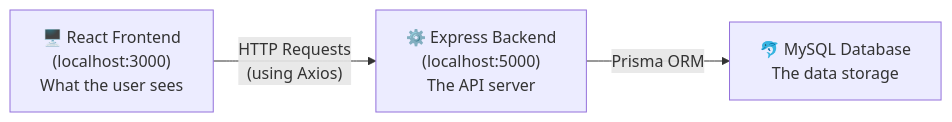
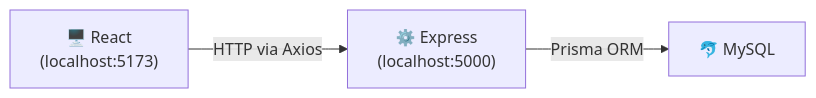
One commit to Nimsika-Bosilu/designHer_2.0-Student-Attendance-Management-System changed the second of 10 diagrams in frontend/README.md. Above: the diagram before and after it, drawn with Mermaid. The commit also changed other lines of this file, not shown here.

Commit message:
docs: add frontend implementation guide and architectural documentation for React integration

````diff
--- a/frontend/README.md
+++ b/frontend/README.md
@@ -29,5 +24,5 @@
 ```mermaid
 flowchart LR
-    A["🖥️ React Frontend\n(localhost:3000)\nWhat the user sees"] -->|"HTTP Requests\n(using Axios)"| B["⚙️ Express Backend\n(localhost:5000)\nThe API server"]
-    B -->|"Prisma ORM"| C["🐬 MySQL Database\nThe data storage"]
+    A["🖥️ React\n(localhost:5173)"] -->|"HTTP via Axios"| B["⚙️ Express\n(localhost:5000)"]
+    B -->|"Prisma ORM"| C["🐬 MySQL"]
 ```
````
